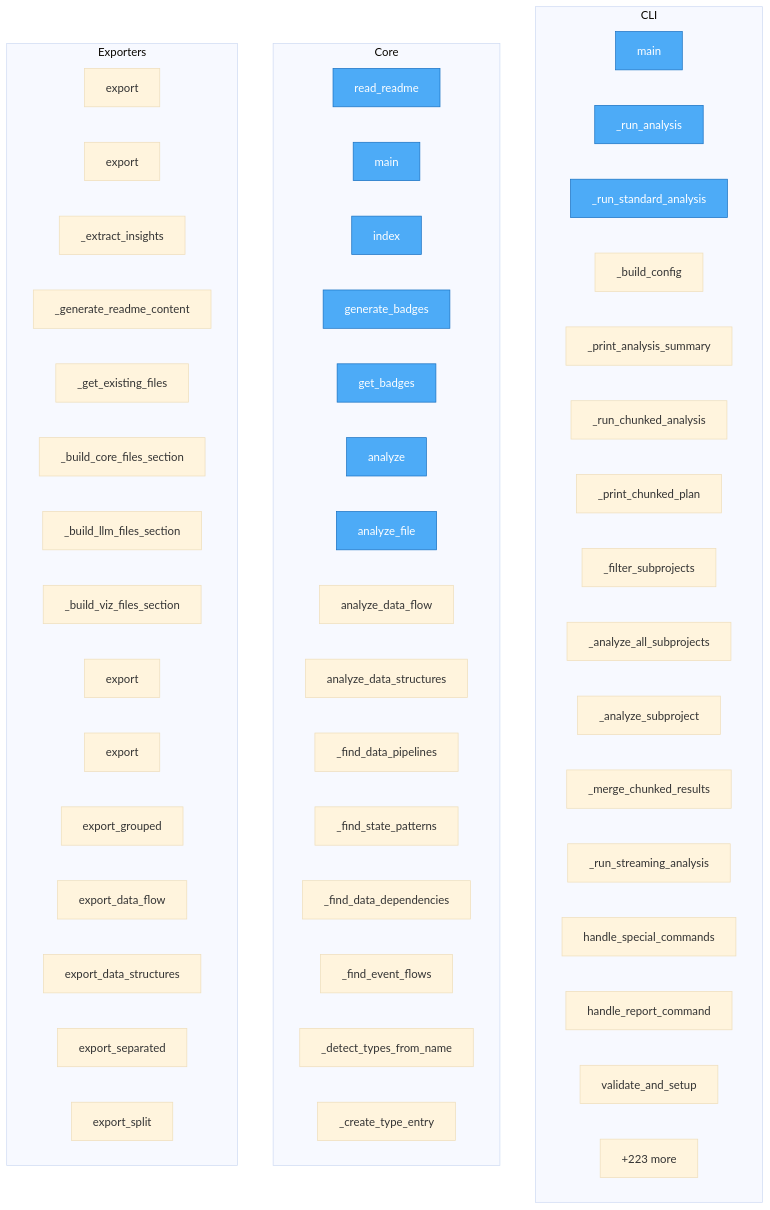
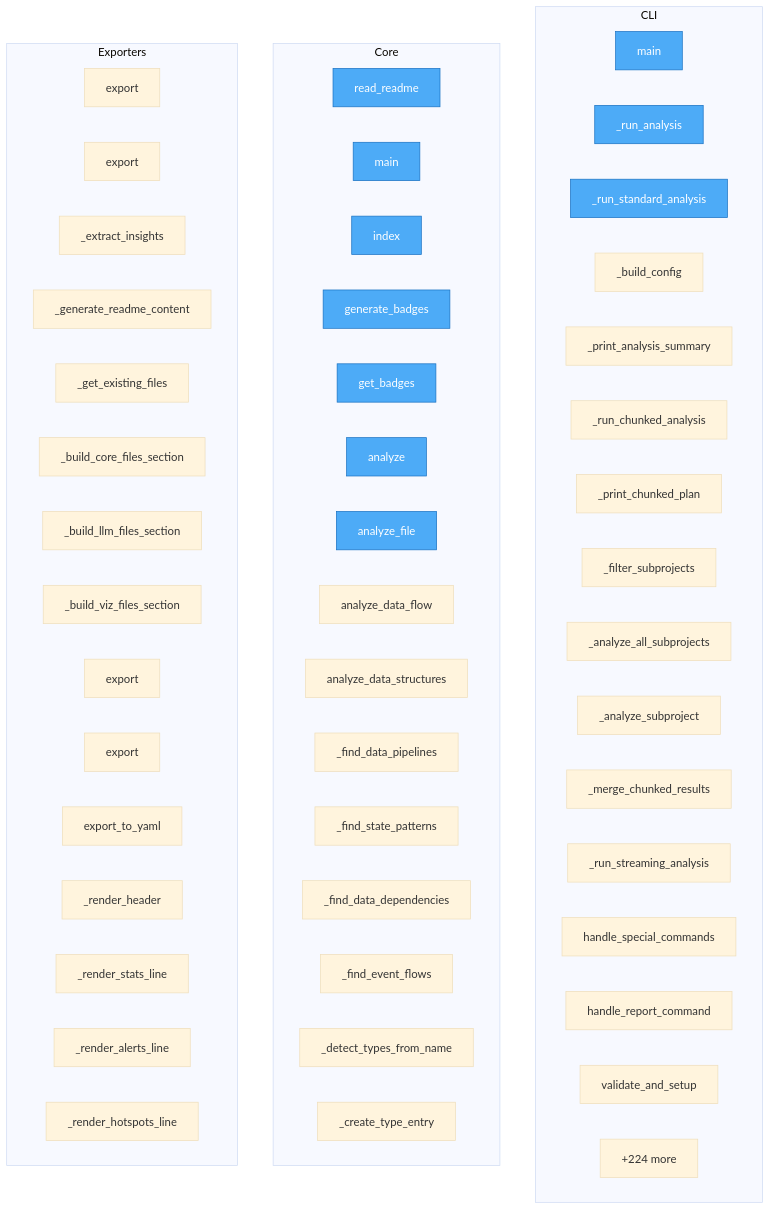
The diagram in project/flow.mmd (wronai/code2flow), drawn with Mermaid (base theme) before and after one commit. The commit also changed 25 other files, not shown here.

```diff
--- a/project/flow.mmd
+++ b/project/flow.mmd
@@ -1,63 +1,63 @@
 flowchart TD
 
     %% Entry points (blue)
     classDef entry fill:#4dabf7,stroke:#1971c2,color:#fff
 
     subgraph CLI
         code2llm__cli__main["main"]
         code2llm__cli_analysis___run_analysis["_run_analysis"]
         code2llm__cli_analysis___run_standard_analysis["_run_standard_analysis"]
         code2llm__cli_analysis___build_config["_build_config"]
         code2llm__cli_analysis___print_analysis_summary["_print_analysis_summary"]
         code2llm__cli_analysis___run_chunked_analysis["_run_chunked_analysis"]
         code2llm__cli_analysis___print_chunked_plan["_print_chunked_plan"]
         code2llm__cli_analysis___filter_subprojects["_filter_subprojects"]
         code2llm__cli_analysis___analyze_all_subprojects["_analyze_all_subprojects"]
         code2llm__cli_analysis___analyze_subproject["_analyze_subproject"]
         code2llm__cli_analysis___merge_chunked_results["_merge_chunked_results"]
         code2llm__cli_analysis___run_streaming_analysis["_run_streaming_analysis"]
         code2llm__cli_commands__handle_special_commands["handle_special_commands"]
         code2llm__cli_commands__handle_report_command["handle_report_command"]
         code2llm__cli_commands__validate_and_setup["validate_and_setup"]
         ...["+40 more"]
     end
 
     subgraph Core
         setup__read_readme["read_readme"]
         validate_toon__main["main"]
         badges__server__index["index"]
         badges__server__generate_badges["generate_badges"]
         badges__server__get_badges["get_badges"]
         code2llm__api__analyze["analyze"]
         code2llm__api__analyze_file["analyze_file"]
         code2llm__DataAnalyzer__analyze_data_flow["analyze_data_flow"]
         code2llm__DataAnalyzer__analyze_data_structures["analyze_data_structures"]
         code2llm__DataAnalyzer___find_data_pipelines["_find_data_pipelines"]
         code2llm__DataAnalyzer___find_state_patterns["_find_state_patterns"]
         code2llm__DataAnalyzer___find_data_dependencies["_find_data_dependencies"]
         code2llm__DataAnalyzer___find_event_flows["_find_event_flows"]
         code2llm__DataAnalyzer___detect_types_from_name["_detect_types_from_name"]
         code2llm__DataAnalyzer___create_type_entry["_create_type_entry"]
         ...["+287 more"]
     end
 
     subgraph Exporters
         code2llm__exporters__base__Exporter__export["export"]
         code2llm__exporters__readme_exporter__READMEExporter__export["export"]
         code2llm__READMEExporter___extract_insights["_extract_insights"]
         code2llm__READMEExporter___generate_readme_content["_generate_readme_content"]
         code2llm__READMEExporter___get_existing_files["_get_existing_files"]
         code2llm__READMEExporter___build_core_files_section["_build_core_files_section"]
         code2llm__READMEExporter___build_llm_files_section["_build_llm_files_section"]
         code2llm__READMEExporter___build_viz_files_section["_build_viz_files_section"]
         code2llm__exporters__json_exporter__JSONExporter__export["export"]
-        code2llm__exporters__yaml_exporter__YAMLExporter__export["export"]
-        code2llm__YAMLExporter__export_grouped["export_grouped"]
-        code2llm__YAMLExporter__export_data_flow["export_data_flow"]
-        code2llm__YAMLExporter__export_data_structures["export_data_structures"]
-        code2llm__YAMLExporter__export_separated["export_separated"]
-        code2llm__YAMLExporter__export_split["export_split"]
-        ...["+223 more"]
+        code2llm__exporters__map_exporter__MapExporter__export["export"]
+        code2llm__MapExporter__export_to_yaml["export_to_yaml"]
+        code2llm__MapExporter___render_header["_render_header"]
+        code2llm__MapExporter___render_stats_line["_render_stats_line"]
+        code2llm__MapExporter___render_alerts_line["_render_alerts_line"]
+        code2llm__MapExporter___render_hotspots_line["_render_hotspots_line"]
+        ...["+224 more"]
     end
 
     class setup__read_readme,validate_toon__main,badges__server__index,badges__server__generate_badges,badges__server__get_badges,code2llm__cli__main,code2llm__api__analyze,code2llm__api__analyze_file,code2llm__cli_analysis___run_analysis,code2llm__cli_analysis___run_standard_analysis entry
```
